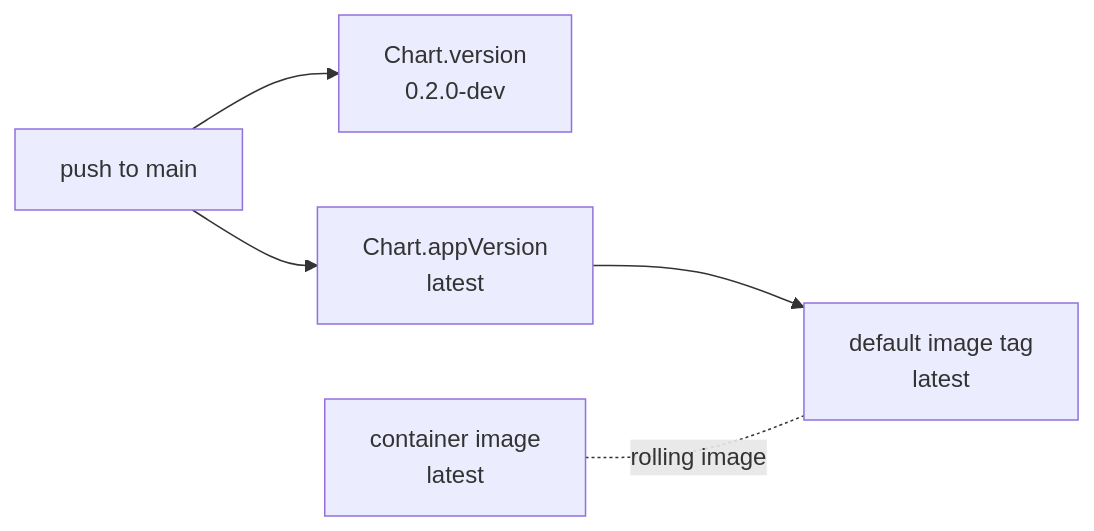
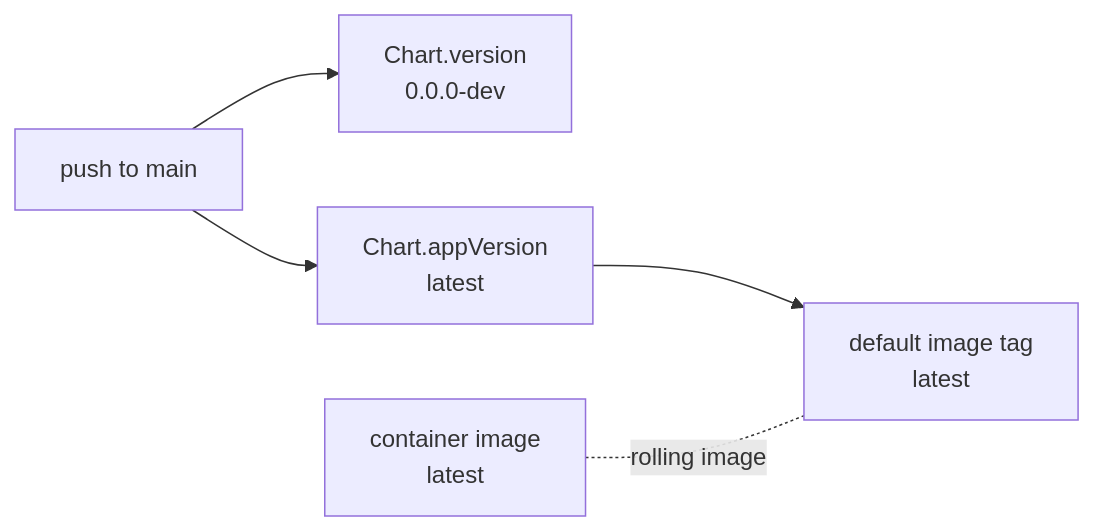
Before and after one commit to CurvineIO/curvine-helm: the second of 2 diagrams in README.md, drawn with Mermaid. The commit also changed other lines of this file and 4 other files, not shown here.

First line of the commit message:
chore(ci): use fixed 0.0.0-dev chart version for main builds (#44)

````diff
--- a/README.md
+++ b/README.md
@@ -106,7 +106,7 @@
 ```mermaid
 flowchart LR
-  M["push to main"] --> CV["Chart.version<br/>0.2.0-dev"]
+  M["push to main"] --> CV["Chart.version<br/>0.0.0-dev"]
   M --> AV["Chart.appVersion<br/>latest"]
   AV --> IT["default image tag<br/>latest"]
   IMG["container image<br/>latest"] -. rolling image .- IT
 ```
````
